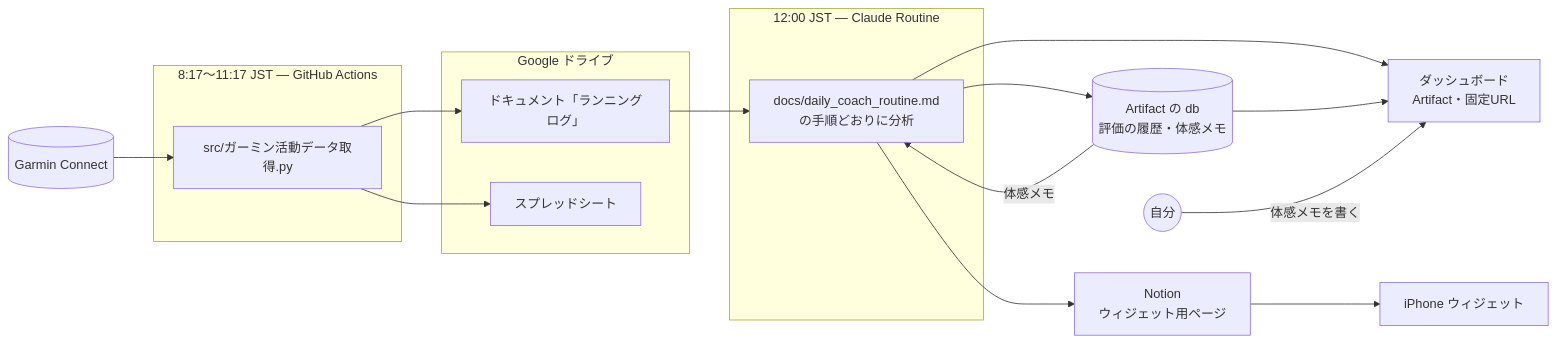
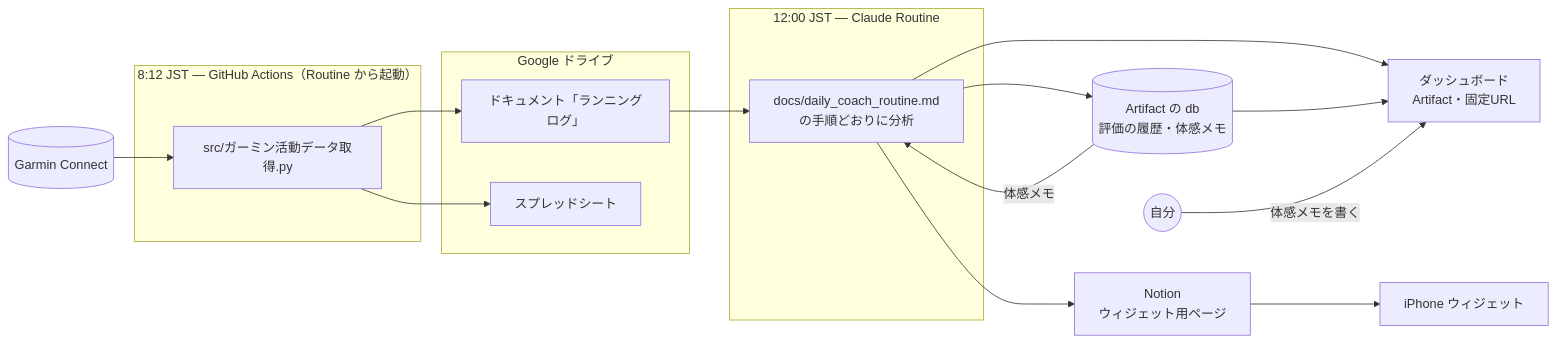
The diagram in README.md (tonpe3141-ctrl/garmin-to-notion), drawn with Mermaid before and after one commit. The commit also changed other lines of this file and 6 other files, not shown here.

````diff
--- a/README.md
+++ b/README.md
@@ -11,27 +11,27 @@
 ```mermaid
 graph LR
     Garmin[(Garmin Connect)]
-    subgraph "8:17〜11:17 JST — GitHub Actions"
+    subgraph "8:12 JST — GitHub Actions（Routine から起動）"
         Sync[src/ガーミン活動データ取得.py]
     end
     subgraph "Google ドライブ"
         Doc[ドキュメント「ランニングログ」]
         Sheet[スプレッドシート]
     end
     subgraph "12:00 JST — Claude Routine"
         Coach[docs/daily_coach_routine.md<br>の手順どおりに分析]
     end
     Dash[ダッシュボード<br>Artifact・固定URL]
     DB[(Artifact の db<br>評価の履歴・体感メモ)]
     Me((自分))
     NotionPage[Notion<br>ウィジェット用ページ]
     Widget[iPhone ウィジェット]
 
     Garmin --> Sync --> Doc & Sheet
     Doc --> Coach
     Coach --> Dash & DB & NotionPage
     DB --> Dash
     DB -->|体感メモ| Coach
     Me -->|体感メモを書く| Dash
     NotionPage --> Widget
 ```
````
